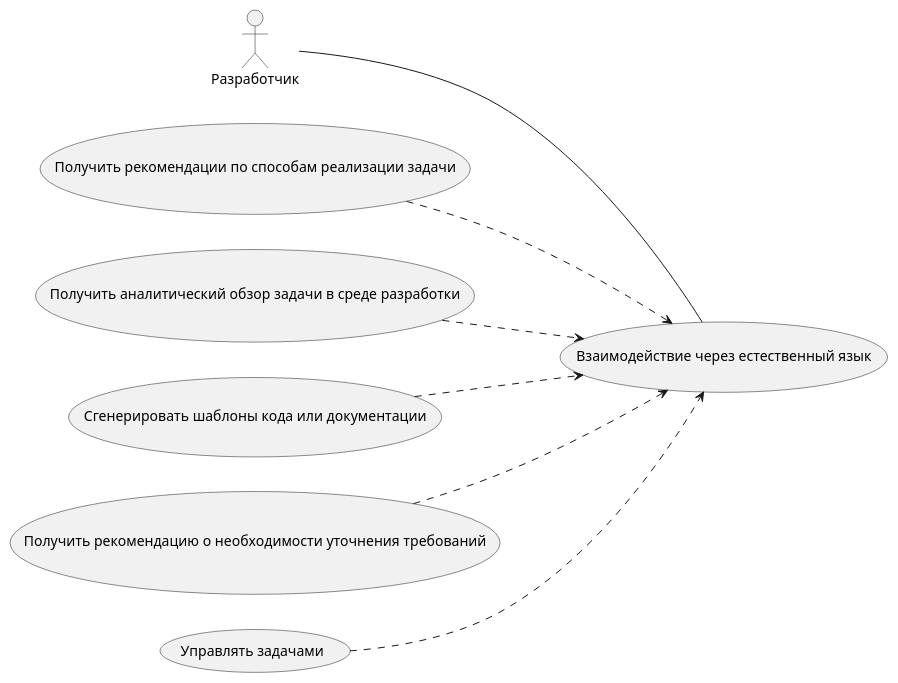
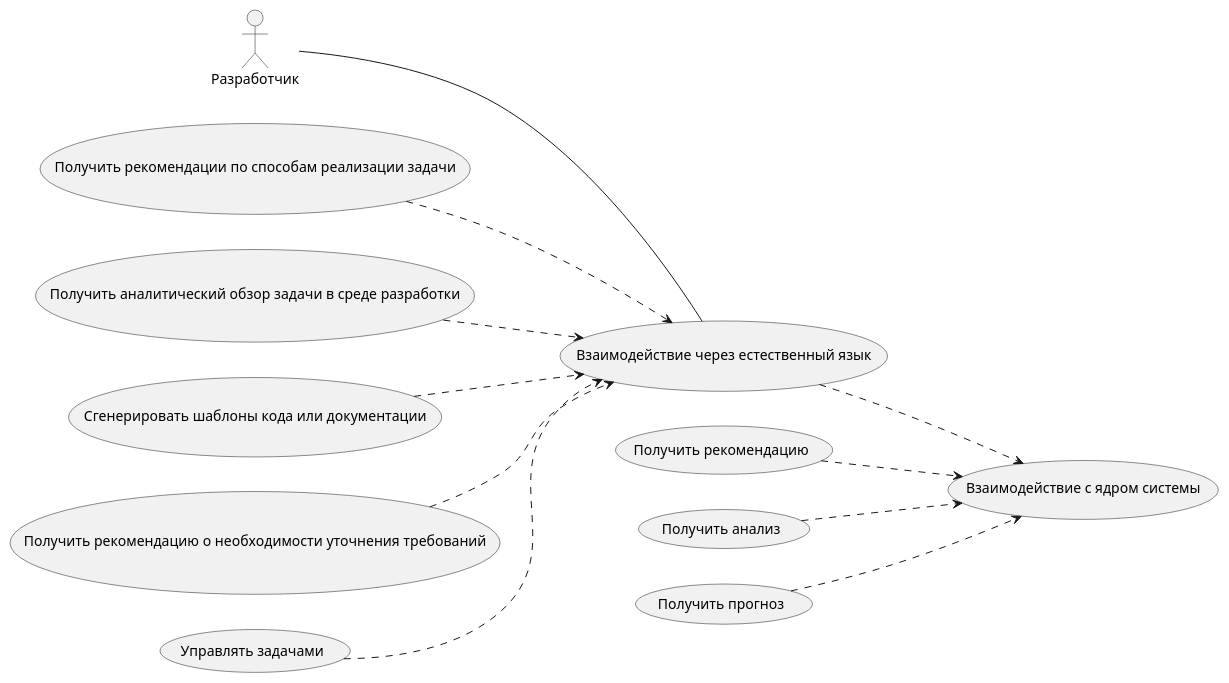
One commit to Igordeveloperr/Yandex-tracker-MCP changed the diagram in documentation/uml/razrabotchik_use_case.plantuml. Above: the diagram before and after it, drawn with PlantUML. The commit also changed 21 other files, not shown here.

```diff
--- a/documentation/uml/razrabotchik_use_case.plantuml
+++ b/documentation/uml/razrabotchik_use_case.plantuml
@@ -1,20 +1,28 @@
 @startuml c
 left to right direction
 
 actor "Разработчик" as Dev
 
 usecase "Получить рекомендации по способам реализации задачи" as UC1
 usecase "Получить аналитический обзор задачи в среде разработки" as UC2
 usecase "Сгенерировать шаблоны кода или документации" as UC3
 usecase "Получить рекомендацию о необходимости уточнения требований" as UC4
 usecase "Управлять задачами" as UC5
 usecase "Взаимодействие через естественный язык" as UC6
+usecase "Взаимодействие с ядром системы" as idro
+usecase "Получить рекомендацию" as rek
+usecase "Получить анализ" as analiz
+usecase "Получить прогноз" as prognoz
 
 Dev -- UC6
+UC6 ..> idro
+rek ..> idro
+analiz ..> idro
+prognoz ..> idro
 UC1 ..> UC6
 UC2 ..> UC6
 UC3 ..> UC6
 UC4 ..> UC6
 UC5 ..> UC6
 
 @enduml
```
